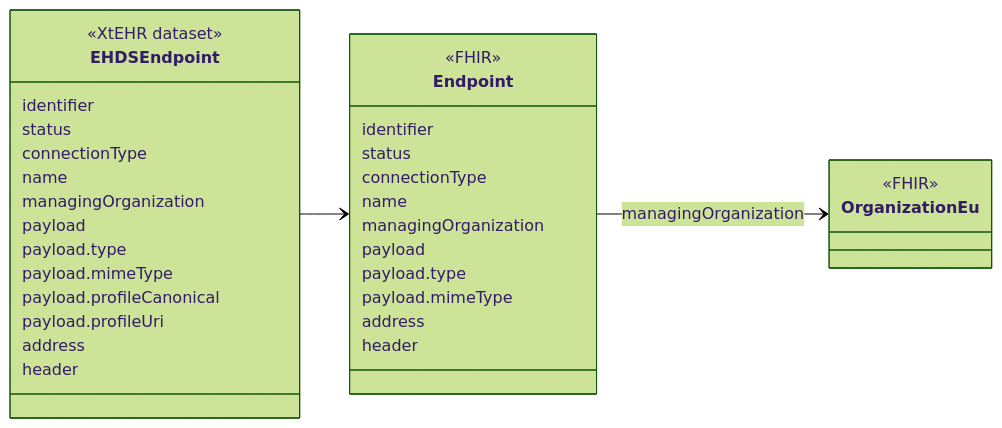
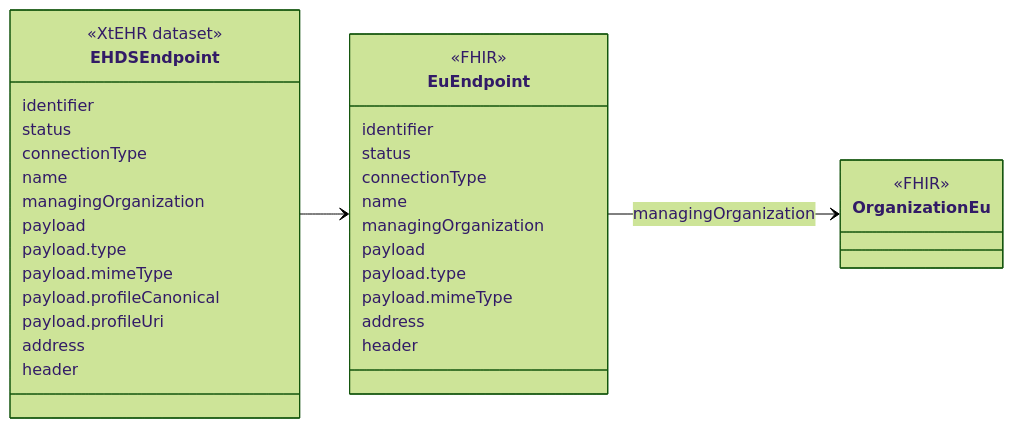
One commit to oijauregui/ehdsimaging changed the diagram in input/intro-notes/ConceptMap-EHDSEndpointMap-intro.md. Above: the diagram before and after it, drawn with Mermaid (forest theme). The commit also changed 138 other files, not shown here.

````diff
--- a/input/intro-notes/ConceptMap-EHDSEndpointMap-intro.md
+++ b/input/intro-notes/ConceptMap-EHDSEndpointMap-intro.md
@@ -5,39 +5,39 @@
 ```mermaid
 classDiagram
 direction LR
 class EHDSEndpoint {
   <<XtEHR dataset>>
   identifier
   status
   connectionType
   name
   managingOrganization
   payload
   payload.type
   payload.mimeType
   payload.profileCanonical
   payload.profileUri
   address
   header
 }
 link EHDSEndpoint "https://build.fhir.org/ig/Xt-EHR/xt-ehr-common/StructureDefinition-EHDSEndpoint.html"
-class Endpoint{
+class EuEndpoint{
   <<FHIR>>
   identifier
   status
   connectionType
   name
   managingOrganization
   payload
   payload.type
   payload.mimeType
   address
   header
 }
 
 class OrganizationEu {
   <<FHIR>>
 }
-EHDSEndpoint --> Endpoint
-Endpoint --> OrganizationEu : managingOrganization
+EHDSEndpoint --> EuEndpoint
+EuEndpoint --> OrganizationEu : managingOrganization
 ```
````
